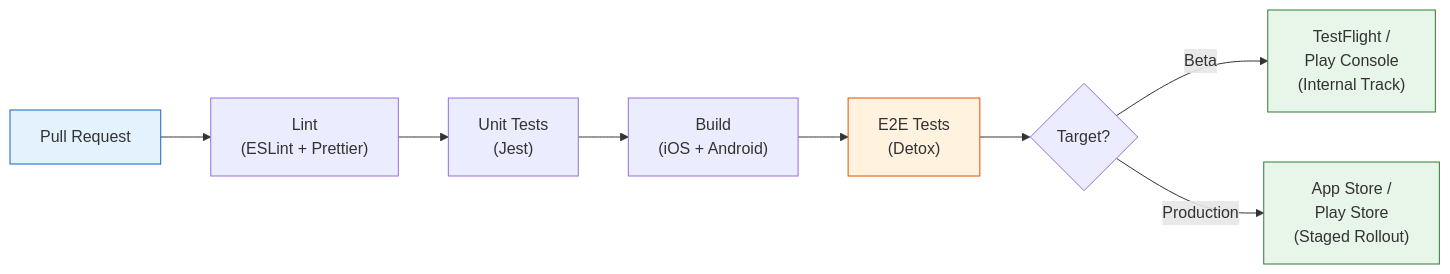
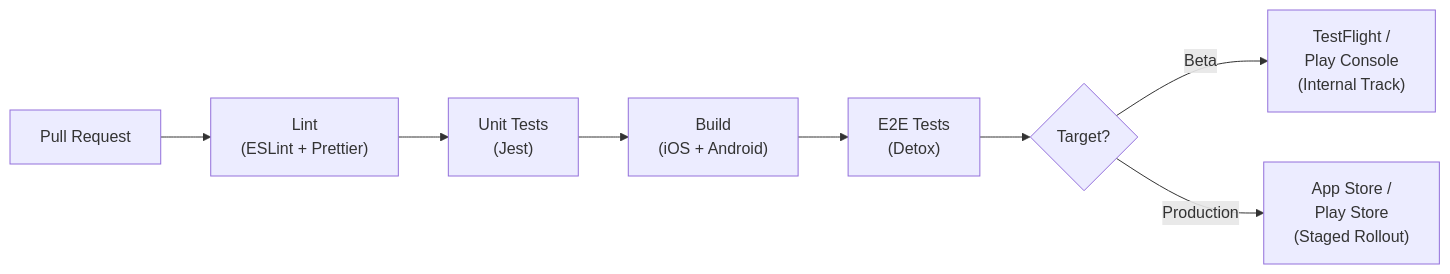
Before and after one commit to rishikeshdhokare/platform-manifesto: the fourth of 5 diagrams in 09-mobile-and-frontend/01-mobile-standards.md, drawn with Mermaid. The commit also changed other lines of this file and 14 other files, not shown here.

First line of the commit message:
fix: remove mermaid style directives (119 lines across 15 files)

````diff
--- a/09-mobile-and-frontend/01-mobile-standards.md
+++ b/09-mobile-and-frontend/01-mobile-standards.md
@@ -466,15 +464,11 @@
 ```mermaid
 flowchart LR
     A["Pull Request"] --> B["Lint\n(ESLint + Prettier)"]
     B --> C["Unit Tests\n(Jest)"]
     C --> D["Build\n(iOS + Android)"]
     D --> E["E2E Tests\n(Detox)"]
     E --> F{"Target?"}
     F -- Beta --> G["TestFlight /\nPlay Console\n(Internal Track)"]
     F -- Production --> H["App Store /\nPlay Store\n(Staged Rollout)"]
 
-    style A fill:#e3f2fd,stroke:#1565c0
-    style E fill:#fff3e0,stroke:#e65100
-    style G fill:#e8f5e9,stroke:#2e7d32
-    style H fill:#e8f5e9,stroke:#2e7d32
 ```
````
